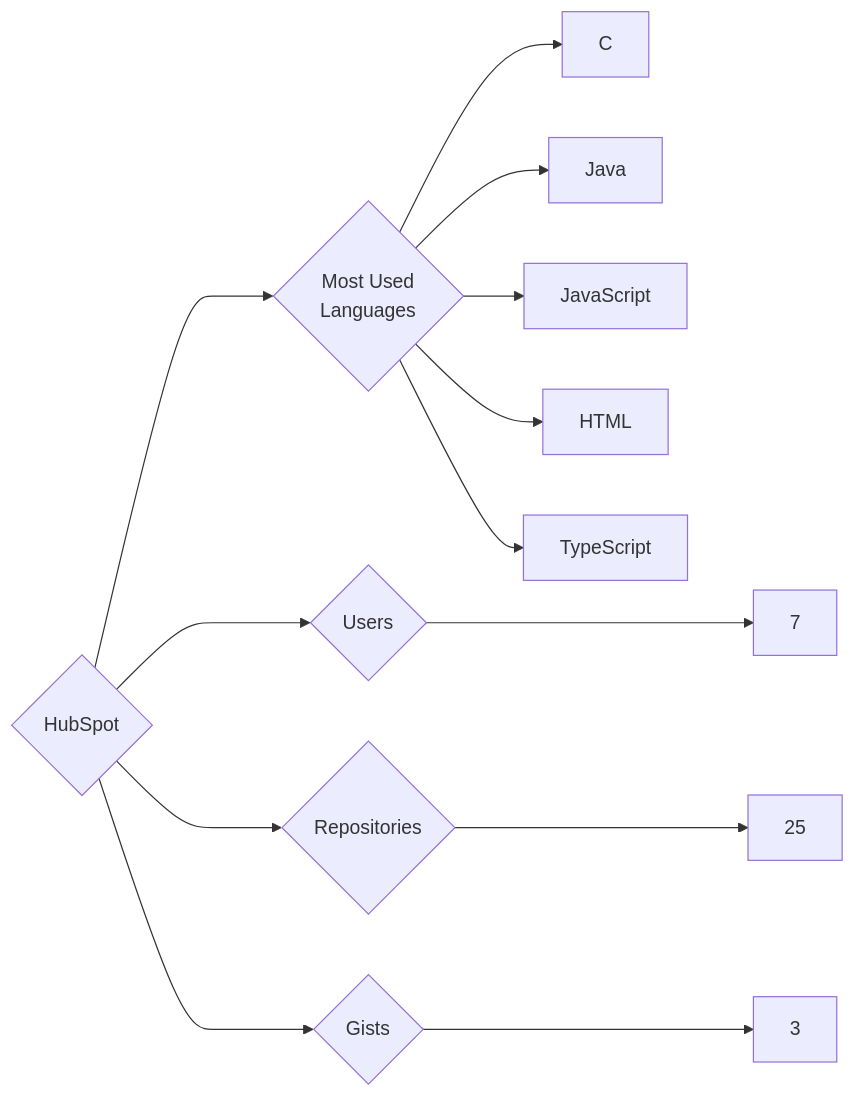
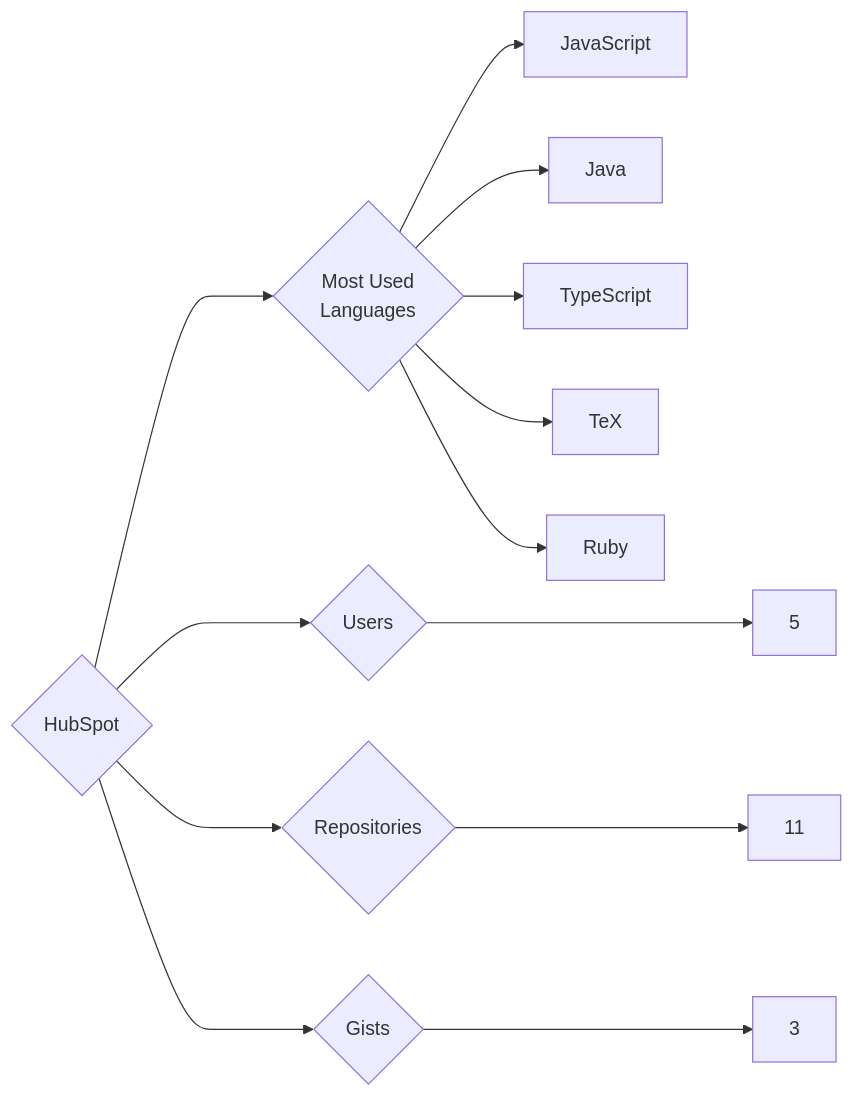
Before and after one commit to trickest/insiders: the diagram in targets/HubSpot/README.md, drawn with Mermaid. The commit also changed 942 other files, not shown here.

````diff
--- a/targets/HubSpot/README.md
+++ b/targets/HubSpot/README.md
@@ -3,13 +3,13 @@
 ```mermaid
 graph LR
 COMPANY_NAME{HubSpot}
-COMPANY_NAME ---> U{Users} ---> UN[7]
-COMPANY_NAME ---> R{Repositories} ---> RN[25]
+COMPANY_NAME ---> U{Users} ---> UN[5]
+COMPANY_NAME ---> R{Repositories} ---> RN[11]
 COMPANY_NAME ---> G{Gists} ---> GN[3]
 COMPANY_NAME ---> ML{Most Used<br>Languages}
-ML --> C[C]
+ML --> JavaScript[JavaScript]
 ML --> Java[Java]
-ML --> JavaScript[JavaScript]
-ML --> HTML[HTML]
 ML --> TypeScript[TypeScript]
+ML --> TeX[TeX]
+ML --> Ruby[Ruby]
 ```
````
